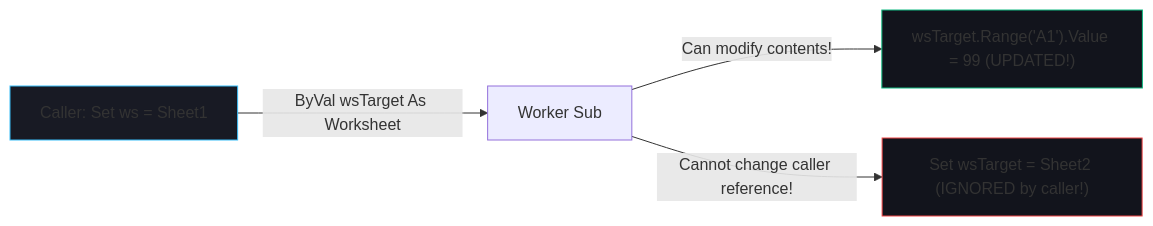
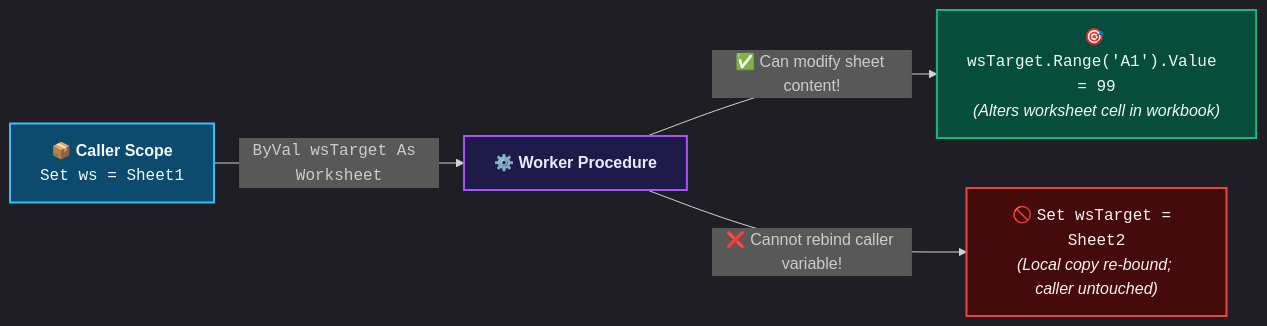
The second of 2 diagrams in 02 - VBA Fundamentals/Procedures & Functions/ByVal vs ByRef.md (Sohila-Khaled-Abbas/Excel-VBA-Second-Brain), drawn with Mermaid before and after one commit. The commit also changed other lines of this file and 23 other files, not shown here.

Commit message:
feat: modernize vault diagrams with dark-theme Excel mockup UI, responsive card grids, and high-contrast Mermaid themes

````diff
--- a/02 - VBA Fundamentals/Procedures & Functions/ByVal vs ByRef.md
+++ b/02 - VBA Fundamentals/Procedures & Functions/ByVal vs ByRef.md
@@ -159,10 +161,13 @@
 ```mermaid
+%%{init: {'theme': 'dark', 'themeVariables': { 'darkMode': true, 'fontFamily': 'Inter, sans-serif' }}}%%
 flowchart LR
-    CallerObj["Caller: Set ws = Sheet1"] -->|ByVal wsTarget As Worksheet| Worker["Worker Sub"]
-    Worker -->|Can modify contents!| Cell["wsTarget.Range('A1').Value = 99 (UPDATED!)"]
-    Worker -->|Cannot change caller reference!| Reassign["Set wsTarget = Sheet2 (IGNORED by caller!)"]
+    CallerObj["📦 <b>Caller Scope</b><br/><code>Set ws = Sheet1</code>"]:::callerNode -->|<code>ByVal wsTarget As Worksheet</code>| Worker["⚙️ <b>Worker Procedure</b>"]:::actionNode
+    
+    Worker -->|✅ Can modify sheet content!| Cell["🎯 <code>wsTarget.Range('A1').Value = 99</code><br/><i>(Alters worksheet cell in workbook)</i>"]:::safeNode
+    Worker -->|❌ Cannot rebind caller variable!| Reassign["🚫 <code>Set wsTarget = Sheet2</code><br/><i>(Local copy re-bound; caller untouched)</i>"]:::dangerNode
 
-    style CallerObj fill:#181a24,stroke:#38bdf8
-    style Cell fill:#12141c,stroke:#10b981
-    style Reassign fill:#12141c,stroke:#ef4444
+    classDef callerNode fill:#0c4a6e,stroke:#38bdf8,stroke-width:2px,color:#f0f9ff;
+    classDef actionNode fill:#1e1b4b,stroke:#a855f7,stroke-width:2px,color:#ede9fe;
+    classDef safeNode fill:#064e3b,stroke:#10b981,stroke-width:2px,color:#ecfdf5;
+    classDef dangerNode fill:#450a0a,stroke:#ef4444,stroke-width:2px,color:#fef2f2;
 ```
````
